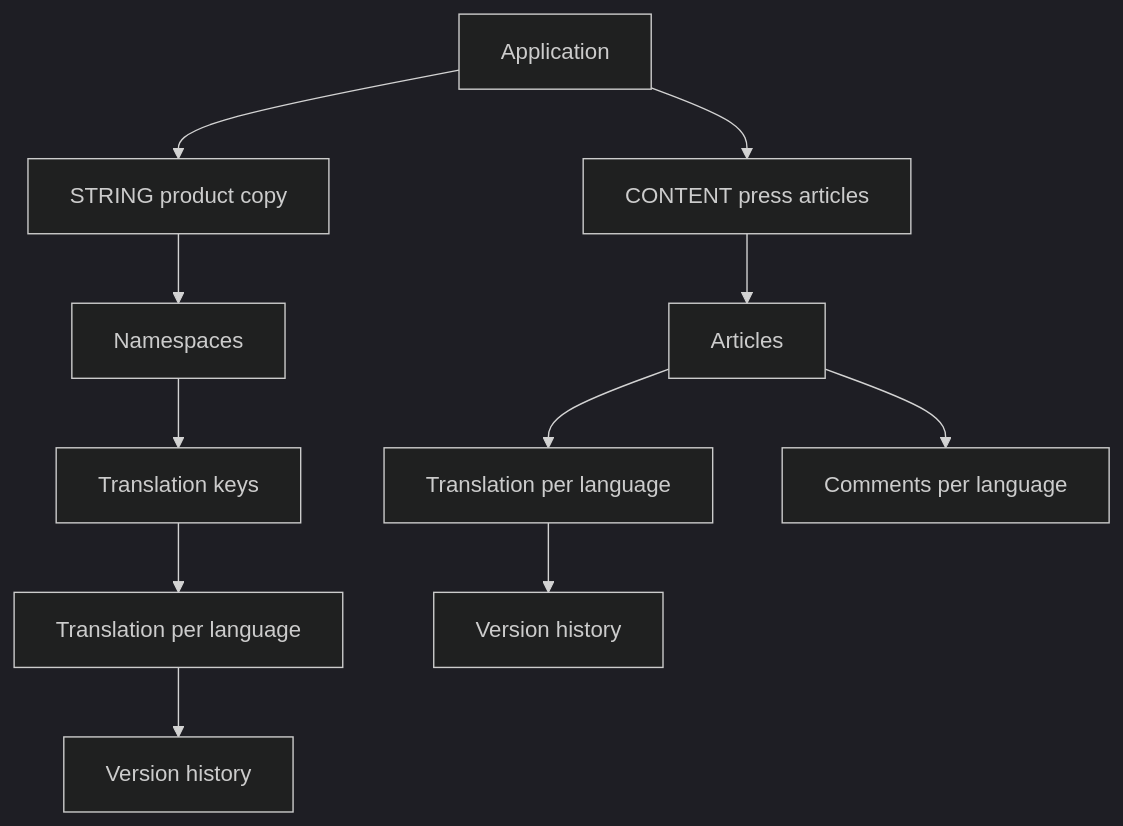
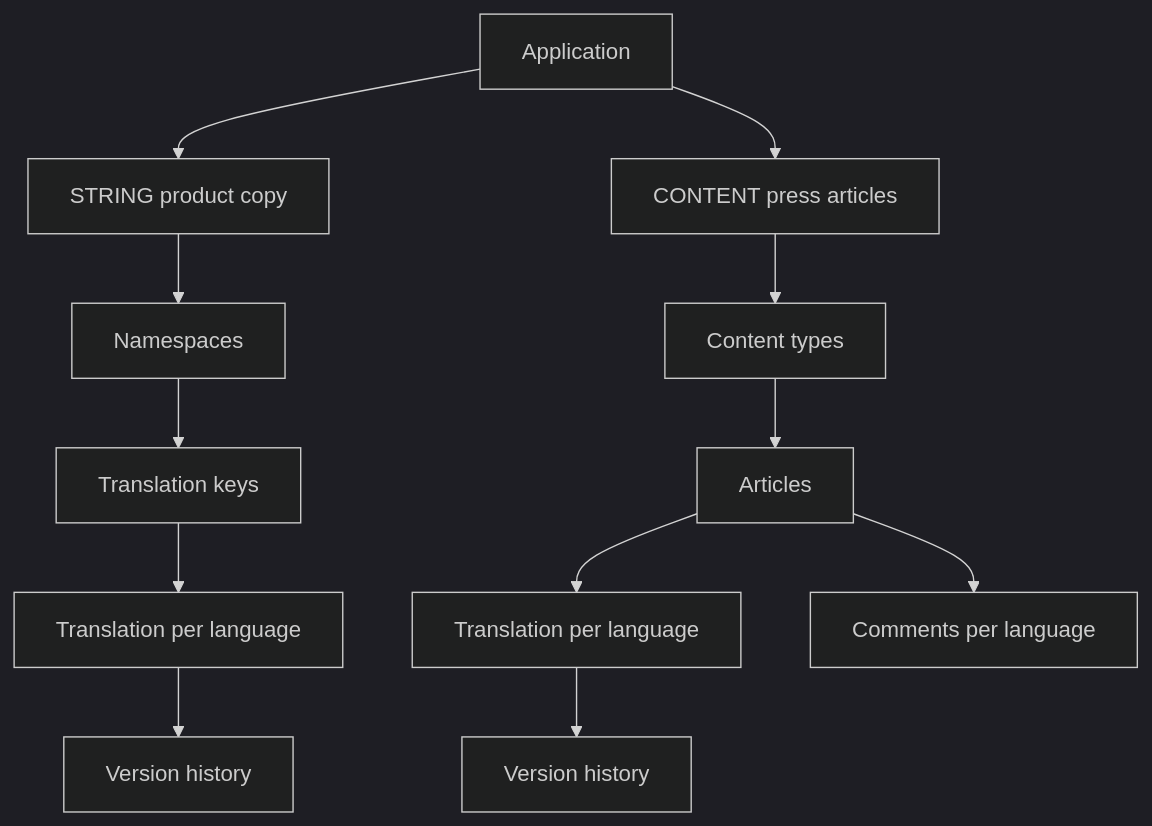
One commit to alanwongsh/mrdiy-lingo changed the second of 10 diagrams in docs/lark-diagrams.md. Above: the diagram before and after it, drawn with Mermaid (dark theme). The commit also changed other lines of this file and 4 other files, not shown here.

````diff
--- a/docs/lark-diagrams.md
+++ b/docs/lark-diagrams.md
@@ -40,14 +40,15 @@
 ```mermaid
 flowchart TB
   App[Application]
   App --> String[STRING product copy]
   App --> Content[CONTENT press articles]
   String --> NS[Namespaces]
   NS --> Keys[Translation keys]
   Keys --> Tr[Translation per language]
   Tr --> TV[Version history]
-  Content --> Article[Articles]
+  Content --> Types[Content types]
+  Types --> Article[Articles]
   Article --> CT[Translation per language]
   CT --> CV[Version history]
   Article --> Comments[Comments per language]
 ```
````
